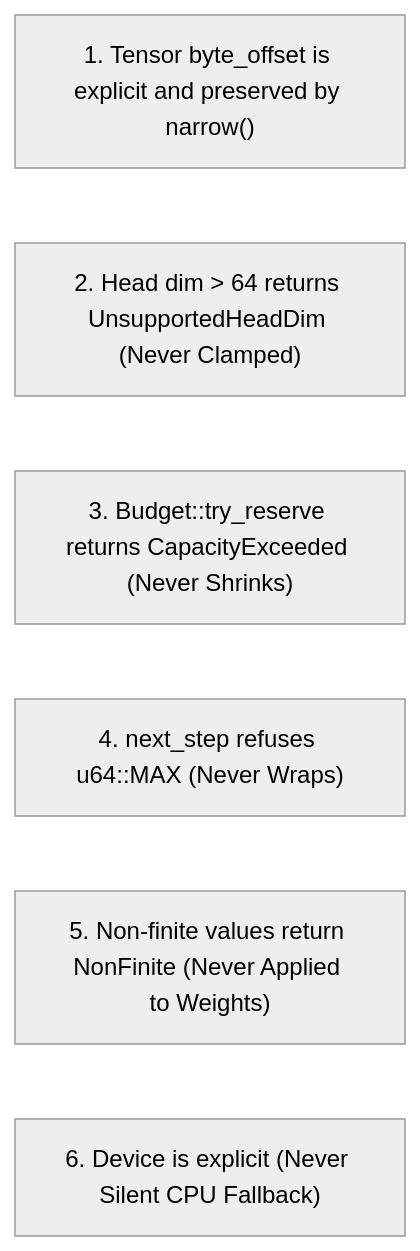
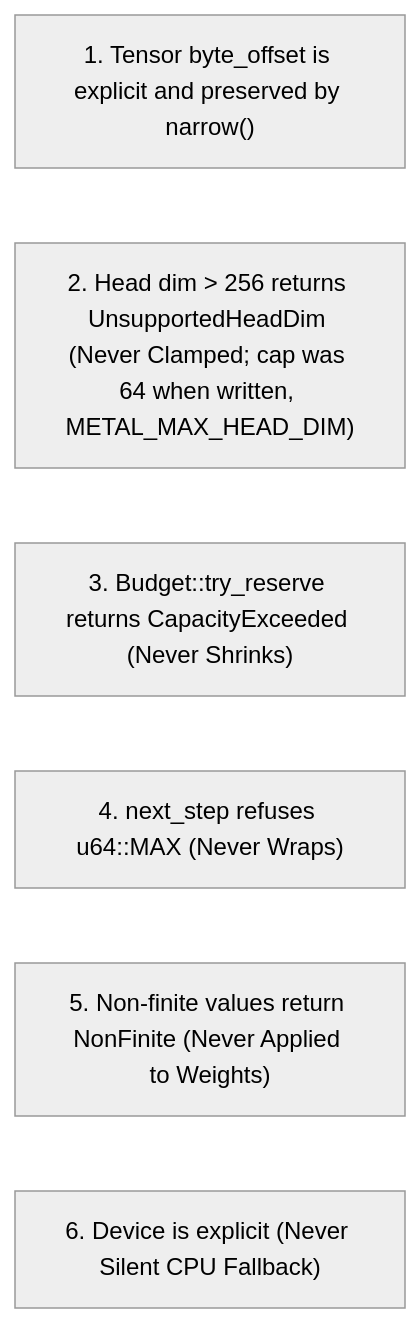
One commit to bharathvbcr/ojas changed the second of 2 diagrams in docs/audit.md. Above: the diagram before and after it, drawn with Mermaid (neutral theme). The commit also changed other lines of this file and 62 other files, not shown here.

Commit message:
docs: make docs match the code (ft-6ba746b4): per-method op coverage, model coverage, backend/head-dim/GQA/HAL corrections, checkpoint errors, FMA and f64 notes, CI history, status figures, regenerated site

````diff
--- a/docs/audit.md
+++ b/docs/audit.md
@@ -79,9 +79,9 @@
 ```mermaid
 flowchart LR
     F1["1. Tensor byte_offset is explicit and preserved by narrow()"]
-    F2["2. Head dim > 64 returns UnsupportedHeadDim (Never Clamped)"]
+    F2["2. Head dim > 256 returns UnsupportedHeadDim (Never Clamped; cap was 64 when written, METAL_MAX_HEAD_DIM)"]
     F3["3. Budget::try_reserve returns CapacityExceeded (Never Shrinks)"]
     F4["4. next_step refuses u64::MAX (Never Wraps)"]
     F5["5. Non-finite values return NonFinite (Never Applied to Weights)"]
     F6["6. Device is explicit (Never Silent CPU Fallback)"]
 ```
````
